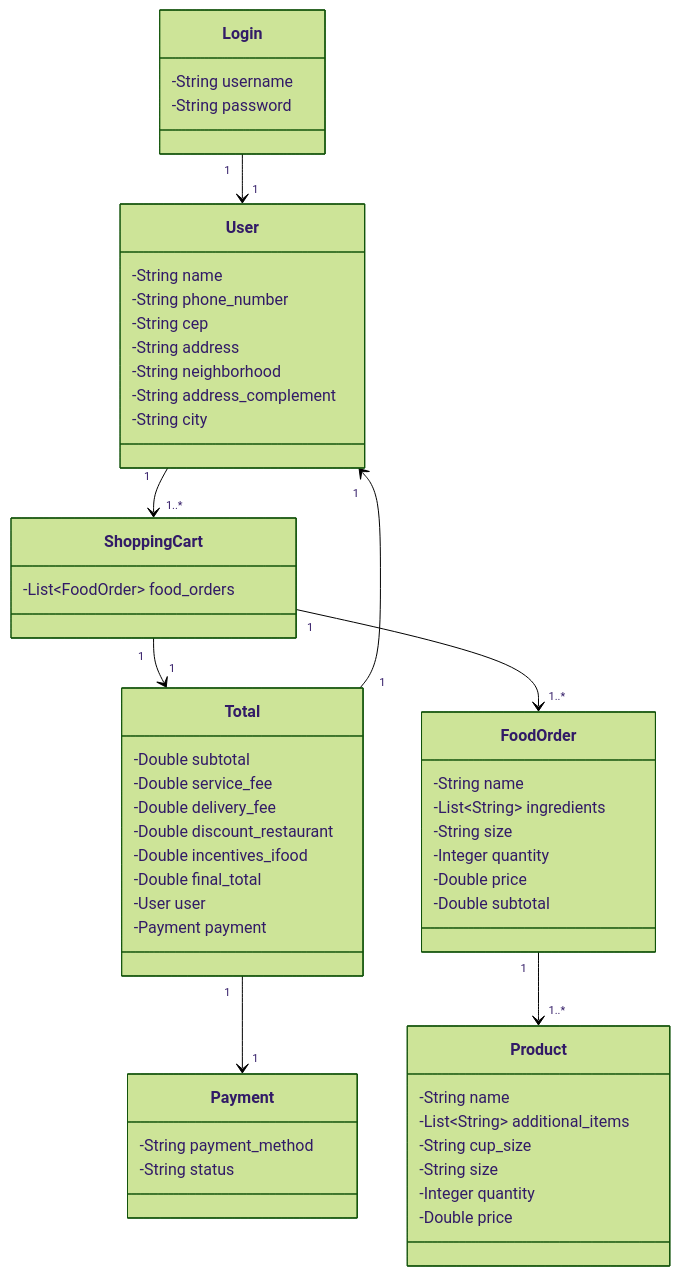
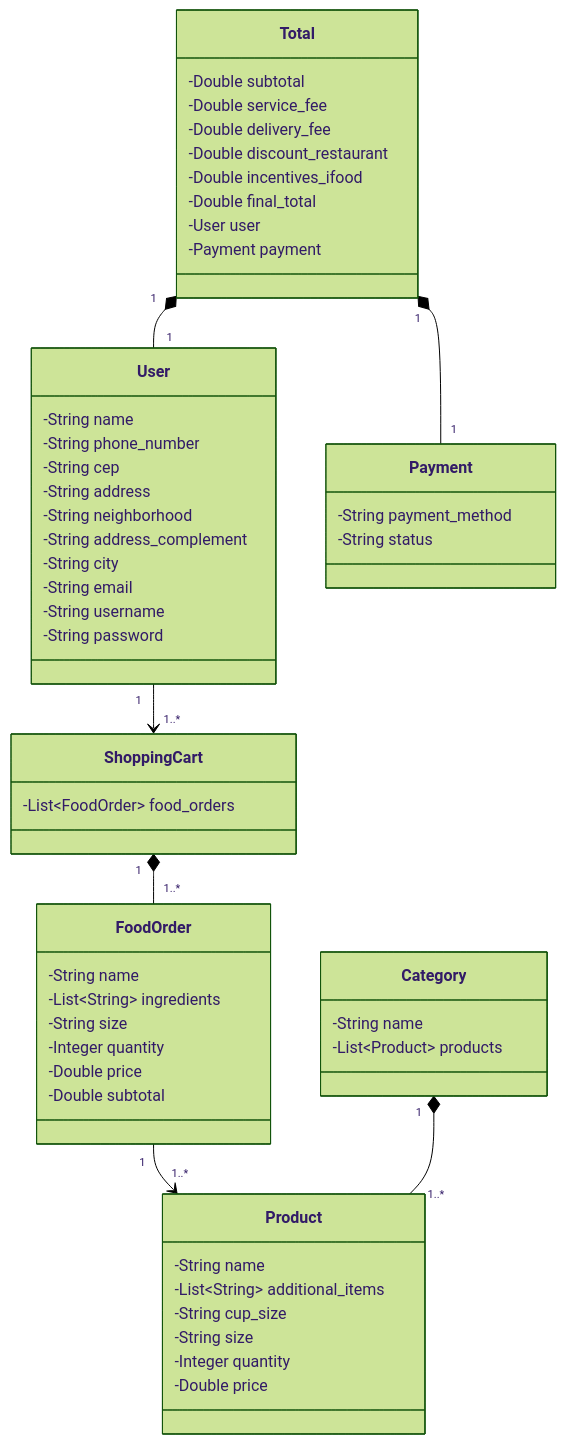
The diagram in README.md (kaioabreu62/Desafio-da-DIO-Criando-API-Ifood), drawn with Mermaid (forest theme) before and after one commit.

````diff
--- a/README.md
+++ b/README.md
@@ -5,63 +5,65 @@
 ```mermaid
 classDiagram
-    class Login {
-        -String username
-        -String password
-    }
-    
     class User {
         -String name
         -String phone_number
         -String cep
         -String address
         -String neighborhood
         -String address_complement
         -String city
+        -String email
+        -String username
+        -String password
     }
-    
+
     class Product {
         -String name
         -List~String~ additional_items
         -String cup_size
         -String size
         -Integer quantity
         -Double price
     }
     
     class ShoppingCart {
         -List~FoodOrder~ food_orders
     }
     
     class FoodOrder {
         -String name
         -List~String~ ingredients
         -String size
         -Integer quantity
         -Double price
         -Double subtotal
     }
+
+    class Category {
+        -String name
+        -List~Product~ products
+    }
     
     class Total {
         -Double subtotal
         -Double service_fee
         -Double delivery_fee
         -Double discount_restaurant
         -Double incentives_ifood
         -Double final_total
         -User user
         -Payment payment
     }
     
     class Payment {
         -String payment_method
         -String status
     }
     
-    Login "1" --> "1" User
     User "1" --> "1..*" ShoppingCart
-    ShoppingCart "1" --> "1" Total
-    ShoppingCart "1" --> "1..*" FoodOrder
+    ShoppingCart "1" *-- "1..*" FoodOrder
     FoodOrder "1" --> "1..*" Product
-    Total "1" --> "1" User
-    Total "1" --> "1" Payment
+    Category "1" *-- "1..*" Product
+    Total "1" *-- "1" User
+    Total "1" *-- "1" Payment
 ```
````
